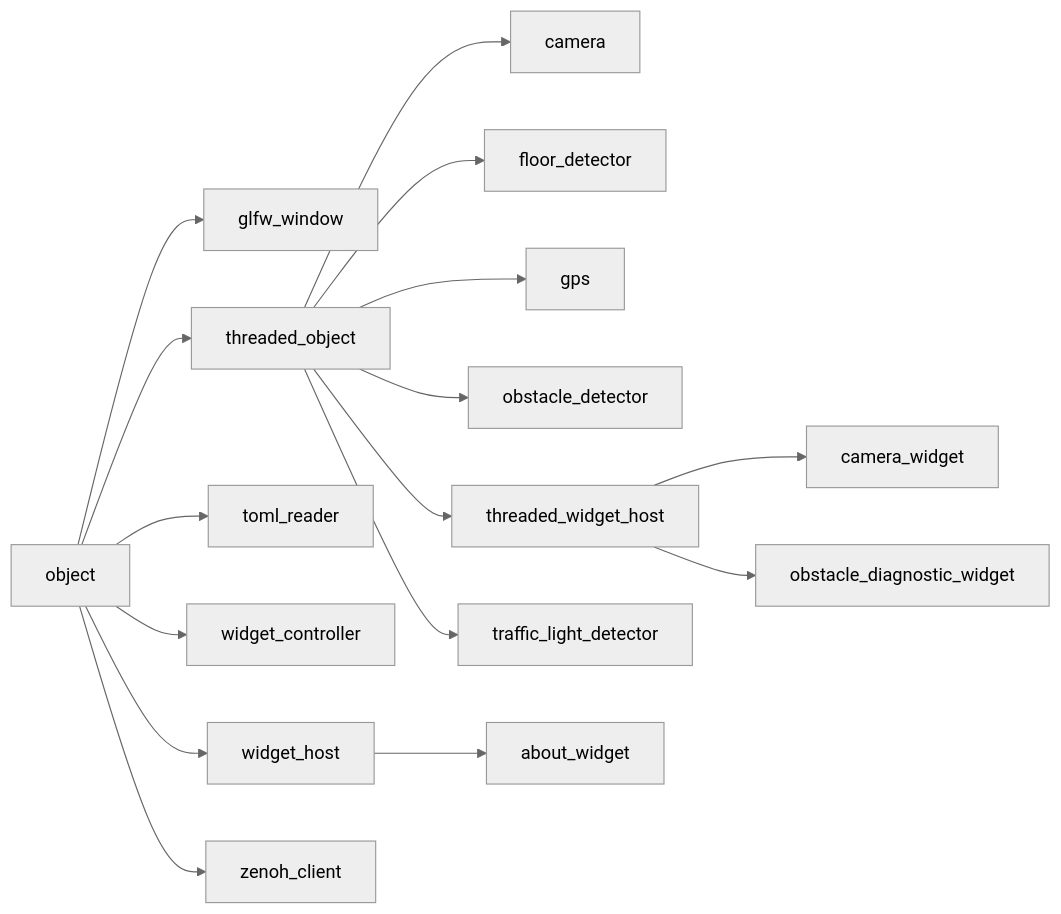
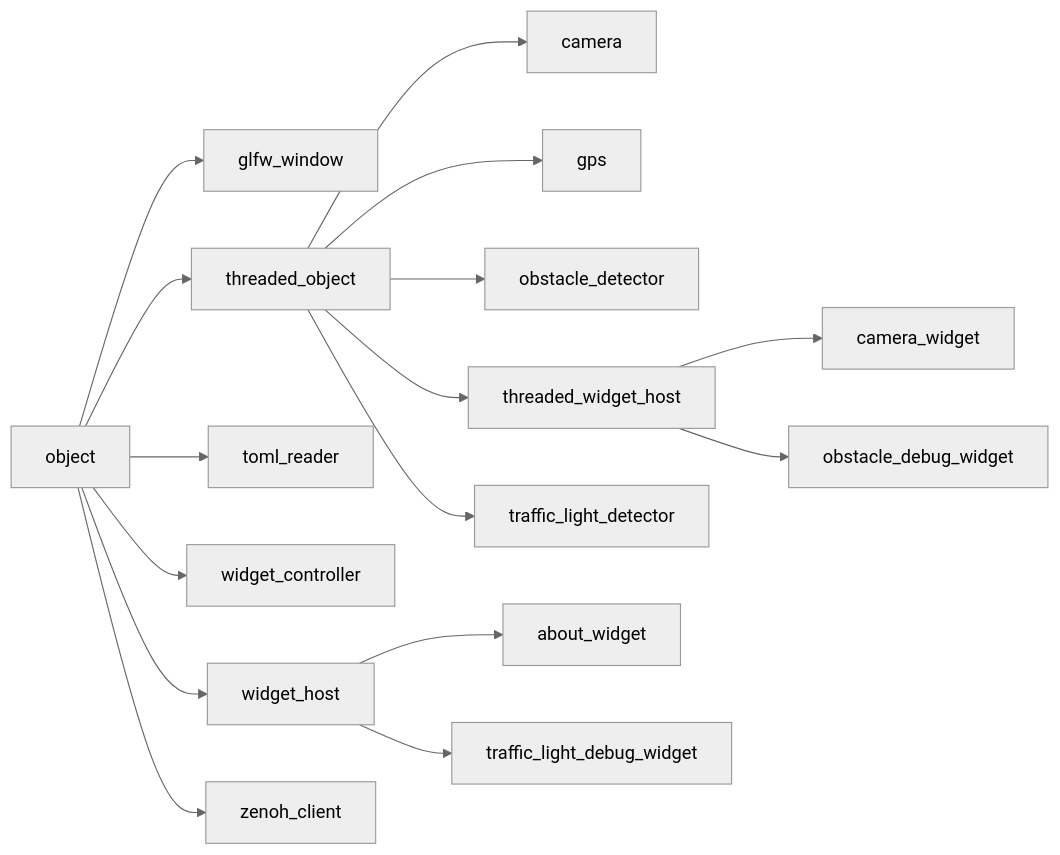
Before and after one commit to kasper-szczerba/acs_wiki: the second of 2 diagrams in docs/codebase/namespaces/core/implementations/object.md, drawn with Mermaid (neutral theme). The commit also changed other lines of this file and 22 other files, not shown here.

Commit message:
updated the docs based on the new opencv traffic light detection

````diff
--- a/docs/codebase/namespaces/core/implementations/object.md
+++ b/docs/codebase/namespaces/core/implementations/object.md
@@ -23,19 +23,19 @@
 ```mermaid
 graph LR
     object["object"]
     object["object"] --> glfw_window["glfw_window"]
     object["object"] --> threaded_object["threaded_object"]
     object["object"] --> toml_reader["toml_reader"]
     object["object"] --> widget_controller["widget_controller"]
     object["object"] --> widget_host["widget_host"]
     object["object"] --> zenoh_client["zenoh_client"]
     threaded_object["threaded_object"] --> camera["camera"]
-    threaded_object["threaded_object"] --> floor_detector["floor_detector"]
     threaded_object["threaded_object"] --> gps["gps"]
     threaded_object["threaded_object"] --> obstacle_detector["obstacle_detector"]
     threaded_object["threaded_object"] --> threaded_widget_host["threaded_widget_host"]
     threaded_object["threaded_object"] --> traffic_light_detector["traffic_light_detector"]
     threaded_widget_host["threaded_widget_host"] --> camera_widget["camera_widget"]
-    threaded_widget_host["threaded_widget_host"] --> obstacle_diagnostic_widget["obstacle_diagnostic_widget"]
+    threaded_widget_host["threaded_widget_host"] --> obstacle_debug_widget["obstacle_debug_widget"]
     widget_host["widget_host"] --> about_widget["about_widget"]
+    widget_host["widget_host"] --> traffic_light_debug_widget["traffic_light_debug_widget"]
 ```
````
